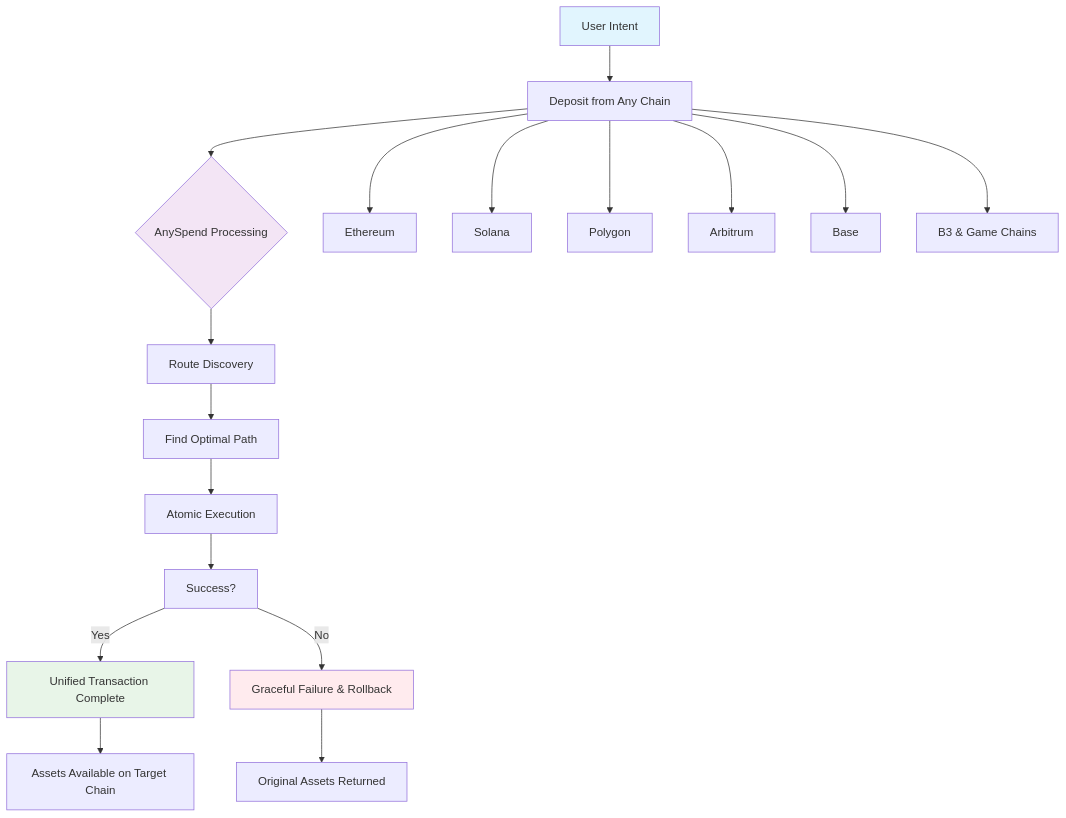
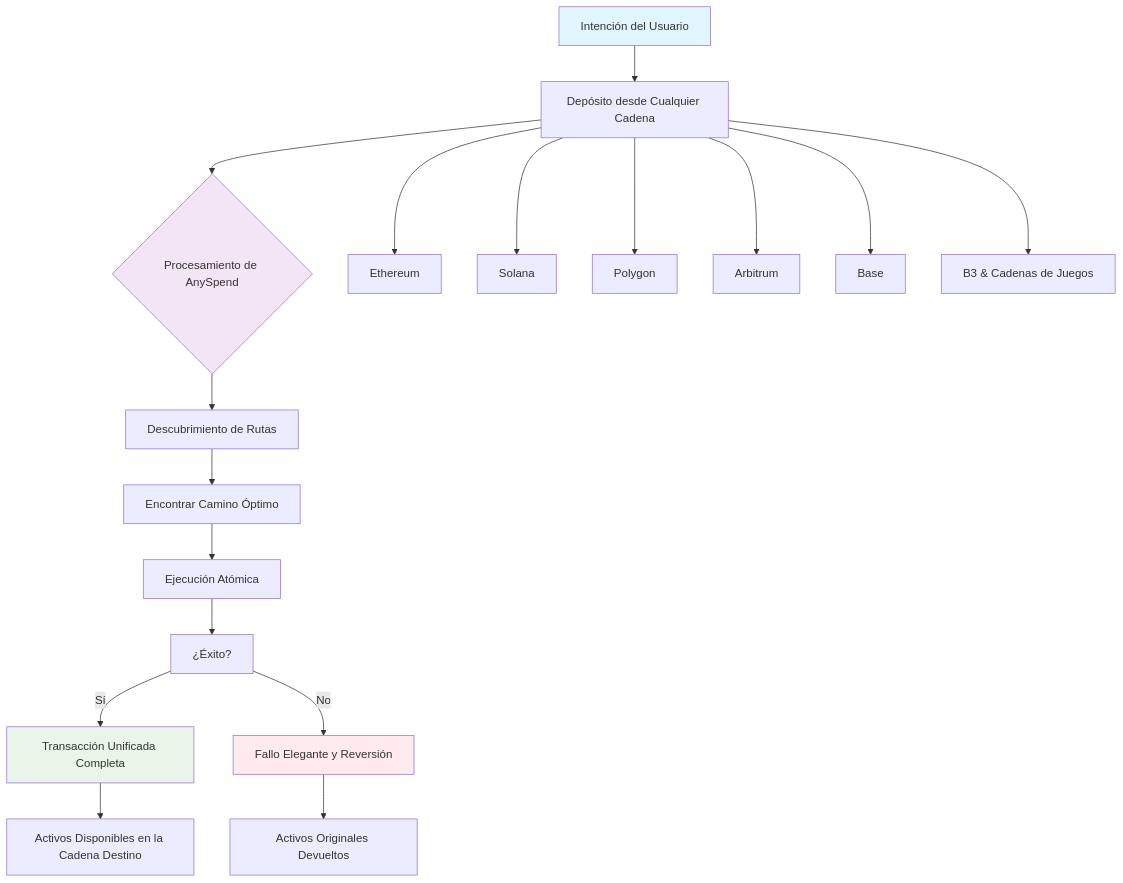
Before and after one commit to b3-fun/b3: the diagram in docs/es/protocol/liquidity.mdx, drawn with Mermaid. The commit also changed other lines of this file and 95 other files, not shown here.

````diff
--- a/docs/es/protocol/liquidity.mdx
+++ b/docs/es/protocol/liquidity.mdx
@@ -60,26 +59,26 @@
 ```mermaid
 flowchart TD
-    A[User Intent] --> B[Deposit from Any Chain]
-    B --> C{AnySpend Processing}
-    C --> D[Route Discovery]
-    D --> E[Find Optimal Path]
-    E --> F[Atomic Execution]
-    F --> G[Success?]
-    G -->|Yes| H[Unified Transaction Complete]
-    G -->|No| I[Graceful Failure & Rollback]
+    A[Intención del Usuario] --> B[Depósito desde Cualquier Cadena]
+    B --> C{Procesamiento de AnySpend}
+    C --> D[Descubrimiento de Rutas]
+    D --> E[Encontrar Camino Óptimo]
+    E --> F[Ejecución Atómica]
+    F --> G[¿Éxito?]
+    G -->|Sí| H[Transacción Unificada Completa]
+    G -->|No| I[Fallo Elegante y Reversión]
     
     B --> B1[Ethereum]
     B --> B2[Solana]
     B --> B3[Polygon]
     B --> B4[Arbitrum]
     B --> B5[Base]
-    B --> B6[B3 & Game Chains]
+    B --> B6[B3 & Cadenas de Juegos]
     
-    H --> J[Assets Available on Target Chain]
-    I --> K[Original Assets Returned]
+    H --> J[Activos Disponibles en la Cadena Destino]
+    I --> K[Activos Originales Devueltos]
     
     style A fill:#e1f5fe
     style C fill:#f3e5f5
     style H fill:#e8f5e8
     style I fill:#ffebee
 ```
````
